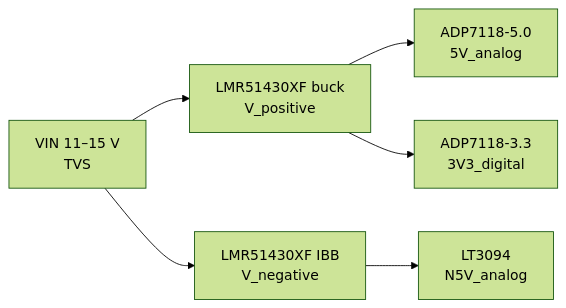
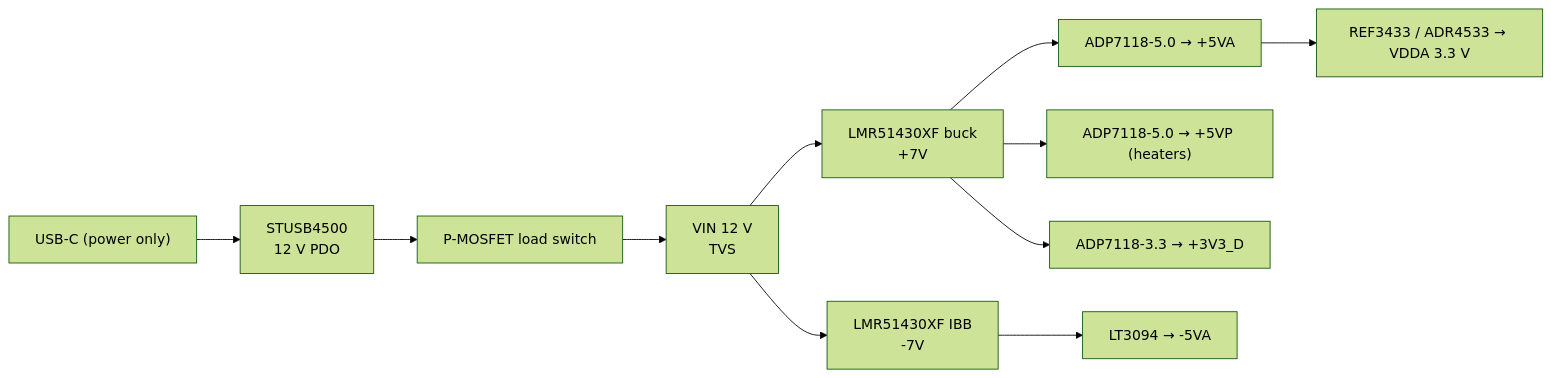
One commit to elizeltser/GMOS-LIA changed the first of 2 diagrams in documets/board_design_docs/schematic_overview.md. Above: the diagram before and after it, drawn with Mermaid (forest theme). The commit also changed other lines of this file and 17 other files, not shown here.

````diff
--- a/documets/board_design_docs/schematic_overview.md
+++ b/documets/board_design_docs/schematic_overview.md
@@ -126,8 +79,12 @@
 ```mermaid
 flowchart LR
-    VIN["VIN 11–15 V<br/>TVS"] --> BUCK["LMR51430XF buck<br/>V_positive"]
-    VIN --> IBB["LMR51430XF IBB<br/>V_negative"]
-    BUCK --> LDO5["ADP7118-5.0<br/>5V_analog"]
-    BUCK --> LDO33["ADP7118-3.3<br/>3V3_digital"]
-    IBB --> LDON5["LT3094<br/>N5V_analog"]
+    USB["USB-C (power only)"] --> PD["STUSB4500<br/>12 V PDO"]
+    PD --> SW["P-MOSFET load switch"] --> VIN["VIN 12 V<br/>TVS"]
+    VIN --> BUCK["LMR51430XF buck<br/>+7V"]
+    VIN --> IBB["LMR51430XF IBB<br/>-7V"]
+    BUCK --> LDO5A["ADP7118-5.0 → +5VA"]
+    BUCK --> LDO5P["ADP7118-5.0 → +5VP (heaters)"]
+    BUCK --> LDO33["ADP7118-3.3 → +3V3_D"]
+    LDO5A --> VREF["REF3433 / ADR4533 → VDDA 3.3 V"]
+    IBB --> LDON5["LT3094 → -5VA"]
 ```
````
